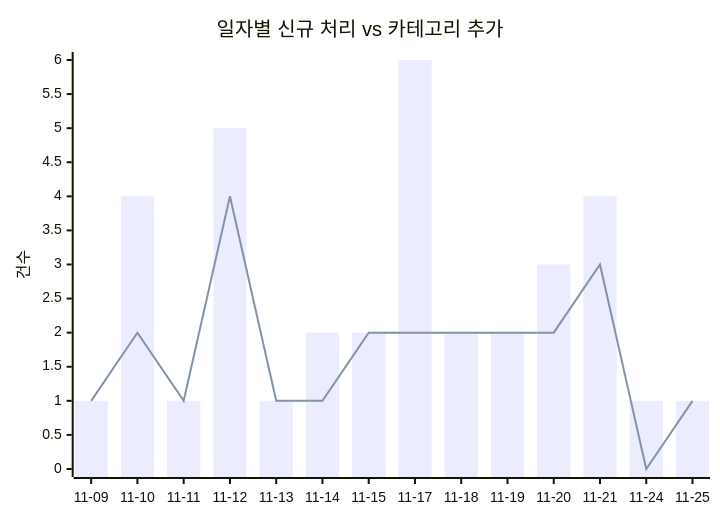
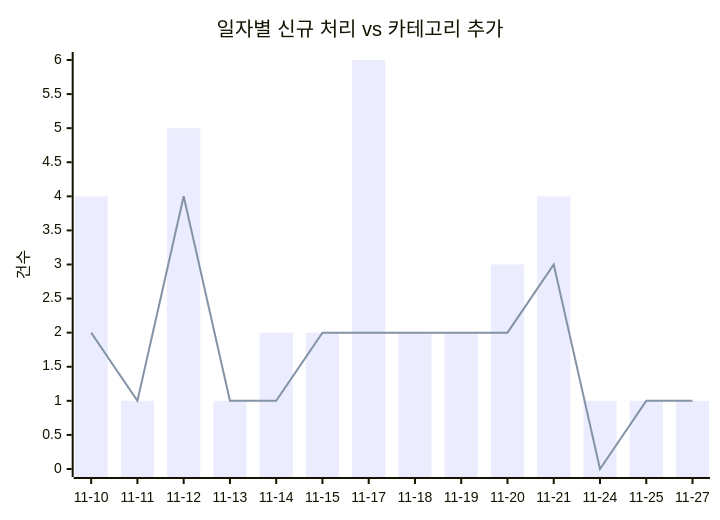
One commit to J-nowcow/awesome-korean-agent-skills changed the first of 2 diagrams in docs/trends.md. Above: the diagram before and after it, drawn with Mermaid. The commit also changed other lines of this file and 27 other files, not shown here.

````diff
--- a/docs/trends.md
+++ b/docs/trends.md
@@ -32,8 +32,8 @@
 ```mermaid
 xychart-beta
     title "일자별 신규 처리 vs 카테고리 추가"
-    x-axis ["11-09","11-10","11-11","11-12","11-13","11-14","11-15","11-17","11-18","11-19","11-20","11-21","11-24","11-25"]
+    x-axis ["11-10","11-11","11-12","11-13","11-14","11-15","11-17","11-18","11-19","11-20","11-21","11-24","11-25","11-27"]
     y-axis "건수"
-    bar [1,4,1,5,1,2,2,6,2,2,3,4,1,1]
-    line [1,2,1,4,1,1,2,2,2,2,2,3,0,1]
+    bar [4,1,5,1,2,2,6,2,2,3,4,1,1,1]
+    line [2,1,4,1,1,2,2,2,2,2,3,0,1,1]
 ```
````
